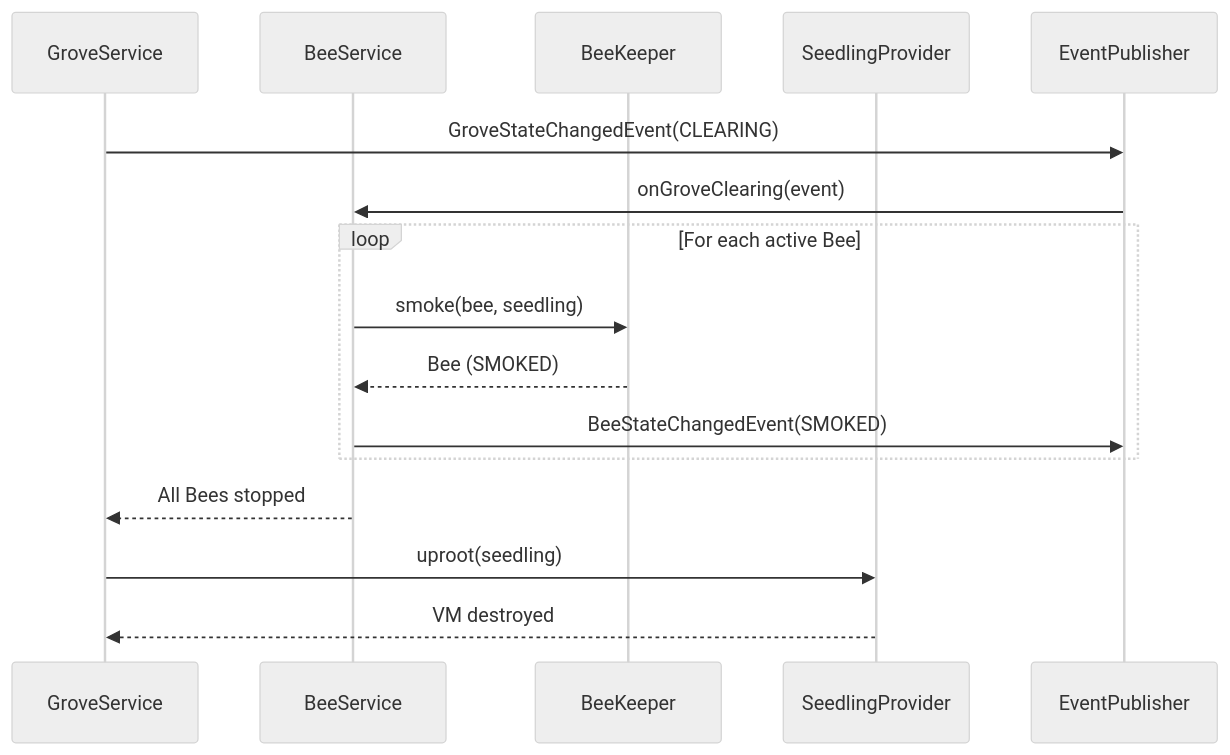
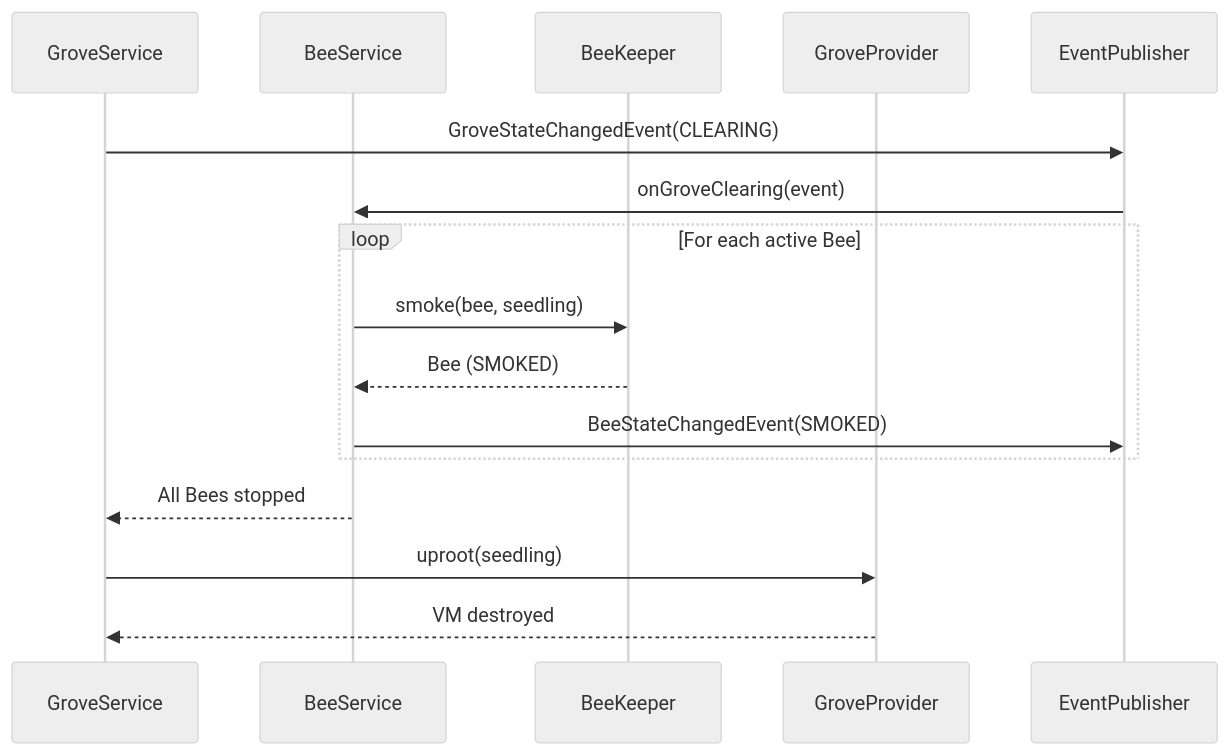
One commit to orchard-cde/orchard changed the fifth of 6 diagrams in docs/architecture/bee-architecture.md. Above: the diagram before and after it, drawn with Mermaid (neutral theme). The commit also changed other lines of this file and 60 other files, not shown here.

First line of the commit message:
refactor: extract :vine exec seam and GroveProvider (#86 stage 1) (#224)

````diff
--- a/docs/architecture/bee-architecture.md
+++ b/docs/architecture/bee-architecture.md
@@ -391,22 +396,22 @@
 ```mermaid
 sequenceDiagram
     participant GS as GroveService
     participant BS as BeeService
     participant BK as BeeKeeper
-    participant SP as SeedlingProvider
+    participant SP as GroveProvider
     participant EP as EventPublisher
 
     GS->>EP: GroveStateChangedEvent(CLEARING)
     EP->>BS: onGroveClearing(event)
 
     loop For each active Bee
         BS->>BK: smoke(bee, seedling)
         BK-->>BS: Bee (SMOKED)
         BS->>EP: BeeStateChangedEvent(SMOKED)
     end
 
     BS-->>GS: All Bees stopped
 
     GS->>SP: uproot(seedling)
     SP-->>GS: VM destroyed
 ```
````
